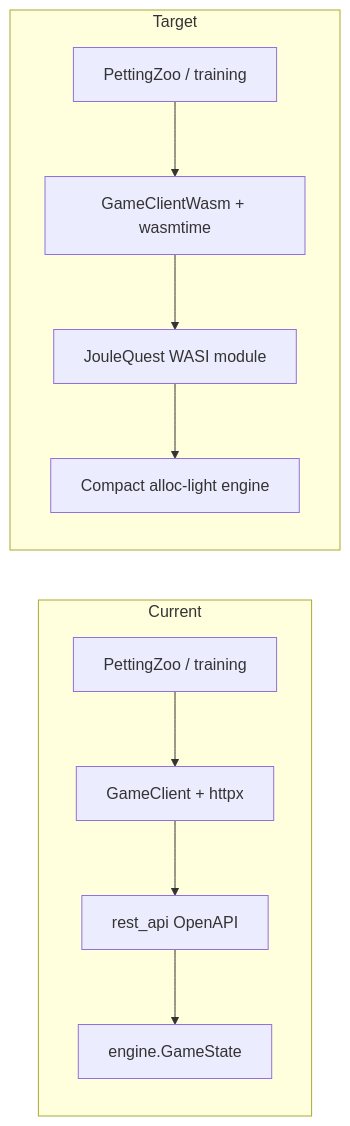
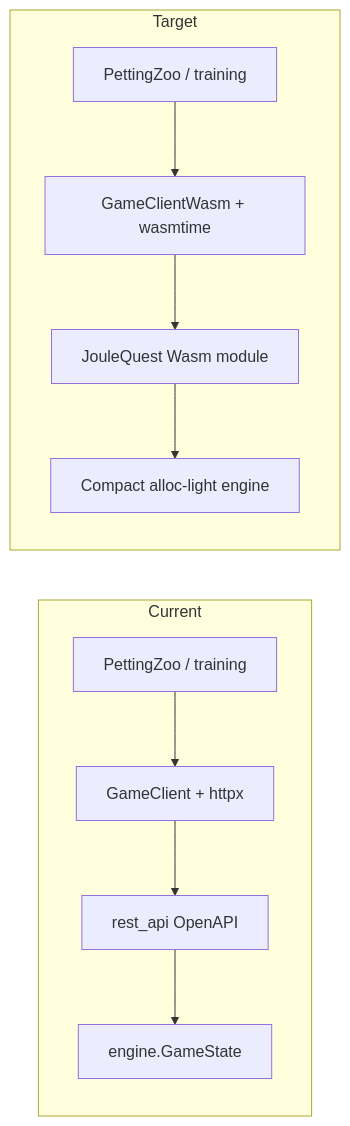
One commit to WillMorrison/JouleQuestCardGame changed the diagram in WASM_TRAINING_INTERFACE.md. Above: the diagram before and after it, drawn with Mermaid. The commit also changed other lines of this file and 13 other files, not shown here.

````diff
--- a/WASM_TRAINING_INTERFACE.md
+++ b/WASM_TRAINING_INTERFACE.md
@@ -15,17 +15,17 @@
 ```mermaid
 flowchart LR
   subgraph today [Current]
     Py1[PettingZoo / training]
     GC1[GameClient + httpx]
     API[rest_api OpenAPI]
     Eng1[engine.GameState]
     Py1 --> GC1 --> API --> Eng1
   end
   subgraph target [Target]
     Py2[PettingZoo / training]
     GC2[GameClientWasm + wasmtime]
-    Wasm[JouleQuest WASI module]
+    Wasm[JouleQuest Wasm module]
     Eng2[Compact alloc-light engine]
     Py2 --> GC2 --> Wasm --> Eng2
   end
 ```
````
